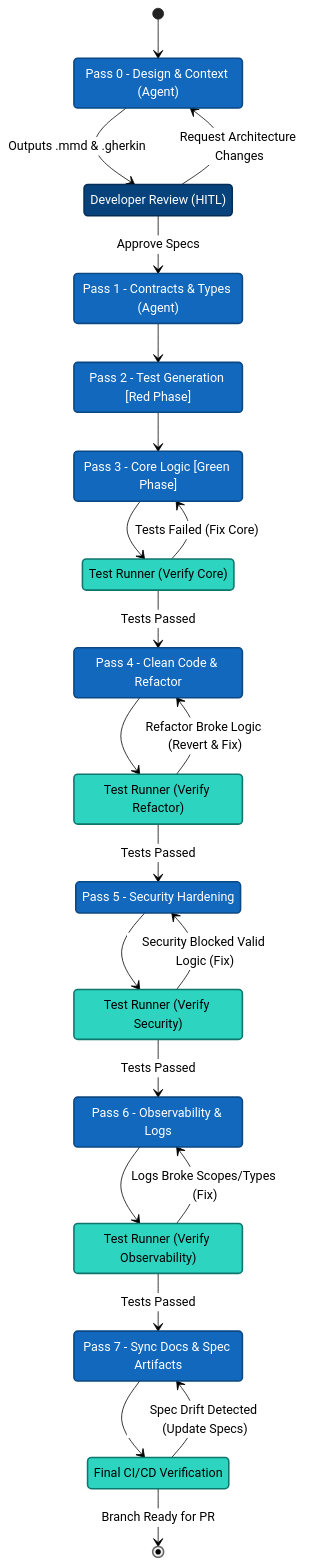
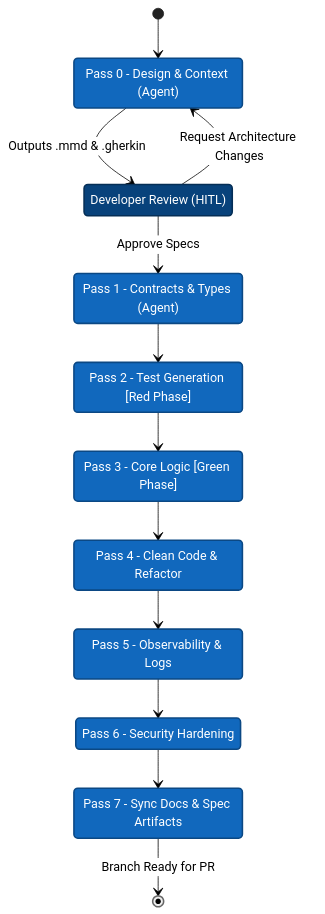
The second of 2 diagrams in docs/architecture/user-overview/02-high-level-architecture.md (Nistapp/agentic-tdd), drawn with Mermaid (neutral theme) before and after one commit. The commit also changed other lines of this file and 2 other files, not shown here.

Commit message:
docs(architecture): draft 8-pass pipeline page with atomic-commit rollback story

````diff
--- a/docs/architecture/user-overview/02-high-level-architecture.md
+++ b/docs/architecture/user-overview/02-high-level-architecture.md
@@ -89,77 +89,51 @@
 ```mermaid
 stateDiagram-v2
     classDef human fill:#08427b,color:#fff,stroke:#052e56,stroke-width:2px
     classDef agent fill:#1168bd,color:#fff,stroke:#0b4884,stroke-width:2px
-    classDef testGate fill:#2dd4bf,color:#000,stroke:#0f766e,stroke-width:2px
 
     [*] --> Pass_0
 
     Pass_0 : Pass 0 - Design & Context (Agent)
     class Pass_0 agent
 
     HITL : Developer Review (HITL)
     class HITL human
 
     Pass_0 --> HITL : Outputs .mmd & .gherkin
     HITL --> Pass_0 : Request Architecture Changes
     HITL --> Pass_1 : Approve Specs
 
     Pass_1 : Pass 1 - Contracts & Types (Agent)
     class Pass_1 agent
 
     Pass_2 : Pass 2 - Test Generation [Red Phase]
     class Pass_2 agent
 
     Pass_1 --> Pass_2
     Pass_2 --> Pass_3
 
     Pass_3 : Pass 3 - Core Logic [Green Phase]
     class Pass_3 agent
 
-    Gate_3 : Test Runner (Verify Core)
-    class Gate_3 testGate
-
-    Pass_3 --> Gate_3
-    Gate_3 --> Pass_3 : Tests Failed (Fix Core)
-    Gate_3 --> Pass_4 : Tests Passed
+    Pass_3 --> Pass_4
 
     Pass_4 : Pass 4 - Clean Code & Refactor
     class Pass_4 agent
 
-    Gate_4 : Test Runner (Verify Refactor)
-    class Gate_4 testGate
+    Pass_4 --> Pass_5
 
-    Pass_4 --> Gate_4
-    Gate_4 --> Pass_4 : Refactor Broke Logic (Revert & Fix)
-    Gate_4 --> Pass_5 : Tests Passed
-
-    Pass_5 : Pass 5 - Security Hardening
+    Pass_5 : Pass 5 - Observability & Logs
     class Pass_5 agent
 
-    Gate_5 : Test Runner (Verify Security)
-    class Gate_5 testGate
+    Pass_5 --> Pass_6
 
-    Pass_5 --> Gate_5
-    Gate_5 --> Pass_5 : Security Blocked Valid Logic (Fix)
-    Gate_5 --> Pass_6 : Tests Passed
-
-    Pass_6 : Pass 6 - Observability & Logs
+    Pass_6 : Pass 6 - Security Hardening
     class Pass_6 agent
 
-    Gate_6 : Test Runner (Verify Observability)
-    class Gate_6 testGate
-
-    Pass_6 --> Gate_6
-    Gate_6 --> Pass_6 : Logs Broke Scopes/Types (Fix)
-    Gate_6 --> Pass_7 : Tests Passed
+    Pass_6 --> Pass_7
 
     Pass_7 : Pass 7 - Sync Docs & Spec Artifacts
     class Pass_7 agent
 
-    Gate_7 : Final CI/CD Verification
-    class Gate_7 testGate
-
-    Pass_7 --> Gate_7
-    Gate_7 --> Pass_7 : Spec Drift Detected (Update Specs)
-    Gate_7 --> [*] : Branch Ready for PR
+    Pass_7 --> [*] : Branch Ready for PR
 ```
````
